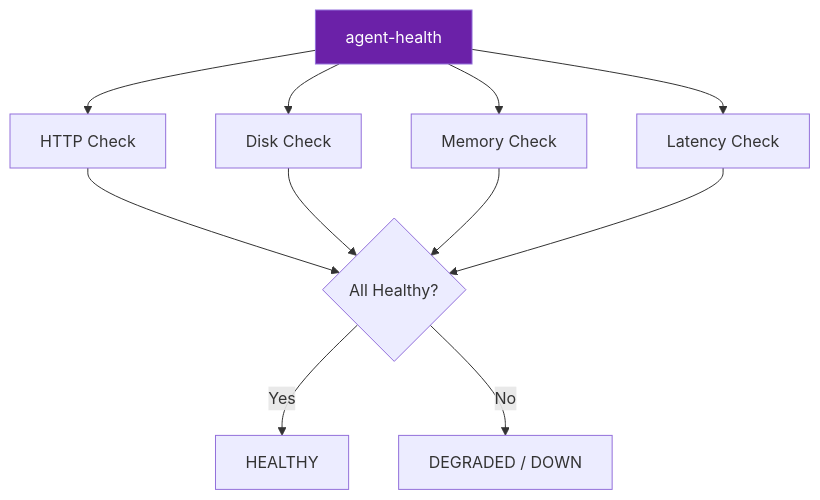
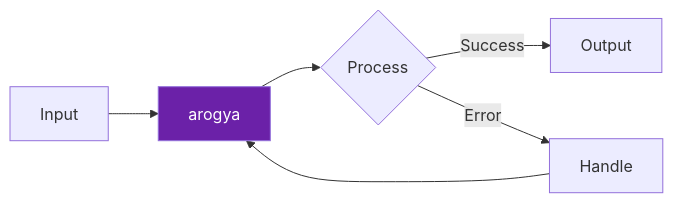
One commit to darshjme/agent-health changed the diagram in README.md. Above: the diagram before and after it, drawn with Mermaid. The commit also changed other lines of this file and 1 other file, not shown here.

First line of the commit message:
feat(vedic-v3): rename to arogya (आरोग्य)

````diff
--- a/README.md
+++ b/README.md
@@ -48,11 +39,9 @@
 ```mermaid
-flowchart TD
-    A[agent-health] --> B[HTTP Check]
-    A --> C[Disk Check]
-    A --> D[Memory Check]
-    A --> E[Latency Check]
-    B & C & D & E --> F{All Healthy?}
-    F -- Yes --> G[HEALTHY]
-    F -- No --> H[DEGRADED / DOWN]
-    style A fill:#6b21a8,color:#fff
+flowchart LR
+    A[Input] --> B[arogya]
+    B --> C{Process}
+    C -- Success --> D[Output]
+    C -- Error --> E[Handle]
+    E --> B
+    style B fill:#6b21a8,color:#fff
 ```
````
